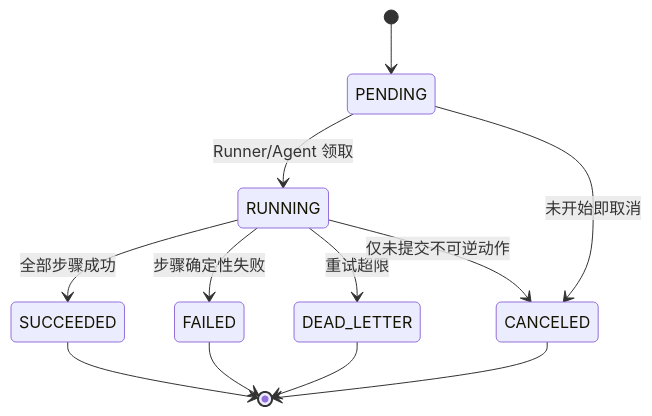
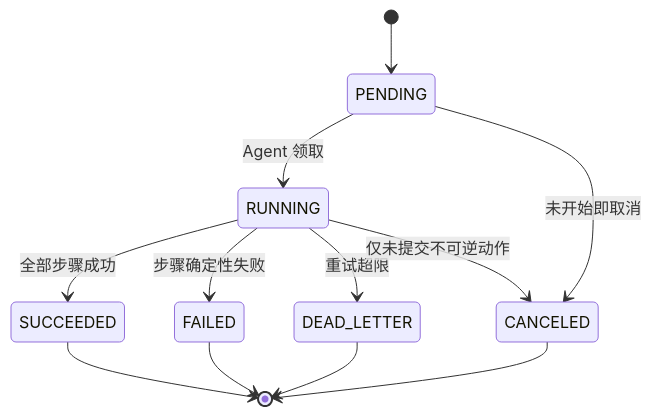
Before and after one commit to lnsyyj/winter: the first of 2 diagrams in docs/02-研发线/04-架构师/ADR-25-任务状态机.md, drawn with Mermaid. The commit also changed 17 other files, not shown here.

````diff
--- a/docs/02-研发线/04-架构师/ADR-25-任务状态机.md
+++ b/docs/02-研发线/04-架构师/ADR-25-任务状态机.md
@@ -27,14 +27,14 @@
 ```mermaid
 stateDiagram-v2
     [*] --> PENDING
-    PENDING --> RUNNING: Runner/Agent 领取
+    PENDING --> RUNNING: Agent 领取
     PENDING --> CANCELED: 未开始即取消
     RUNNING --> SUCCEEDED: 全部步骤成功
     RUNNING --> FAILED: 步骤确定性失败
     RUNNING --> DEAD_LETTER: 重试超限
     RUNNING --> CANCELED: 仅未提交不可逆动作
     FAILED --> [*]
     DEAD_LETTER --> [*]
     CANCELED --> [*]
     SUCCEEDED --> [*]
 ```
````
